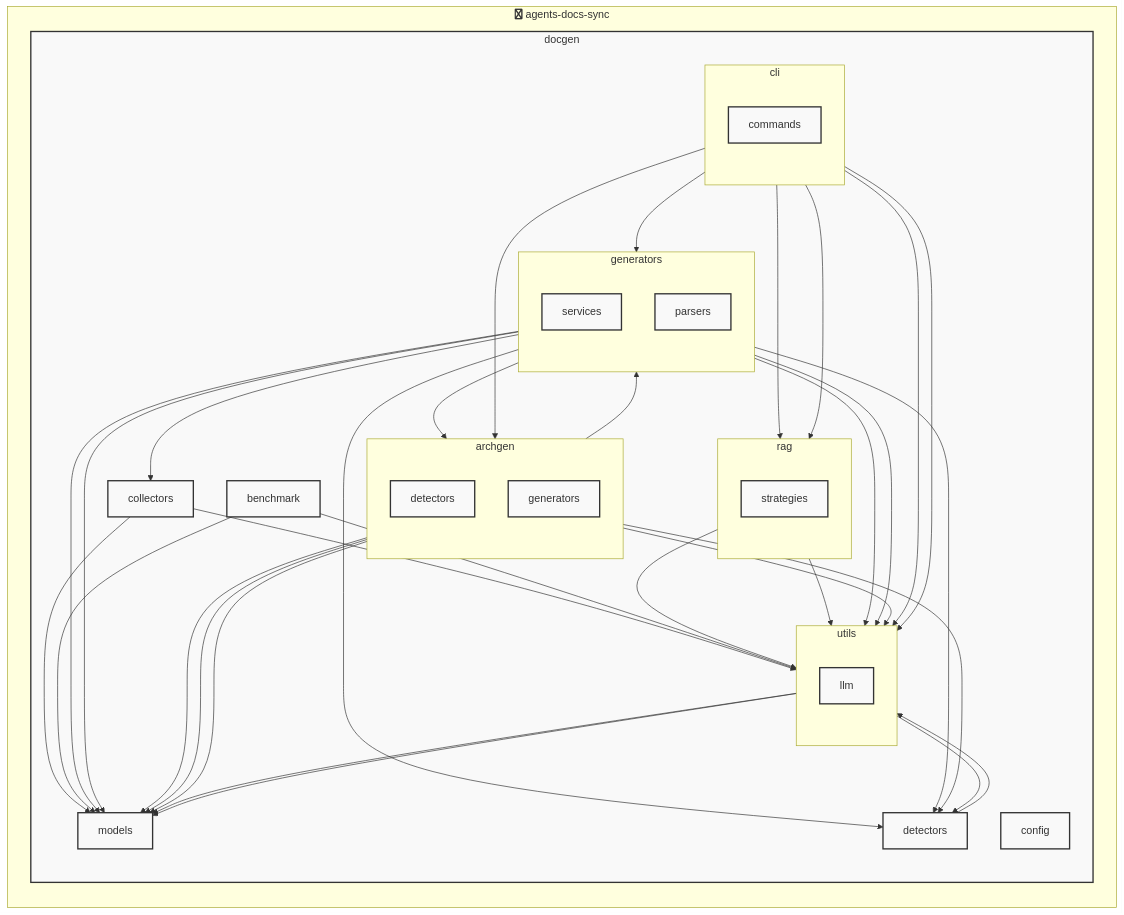
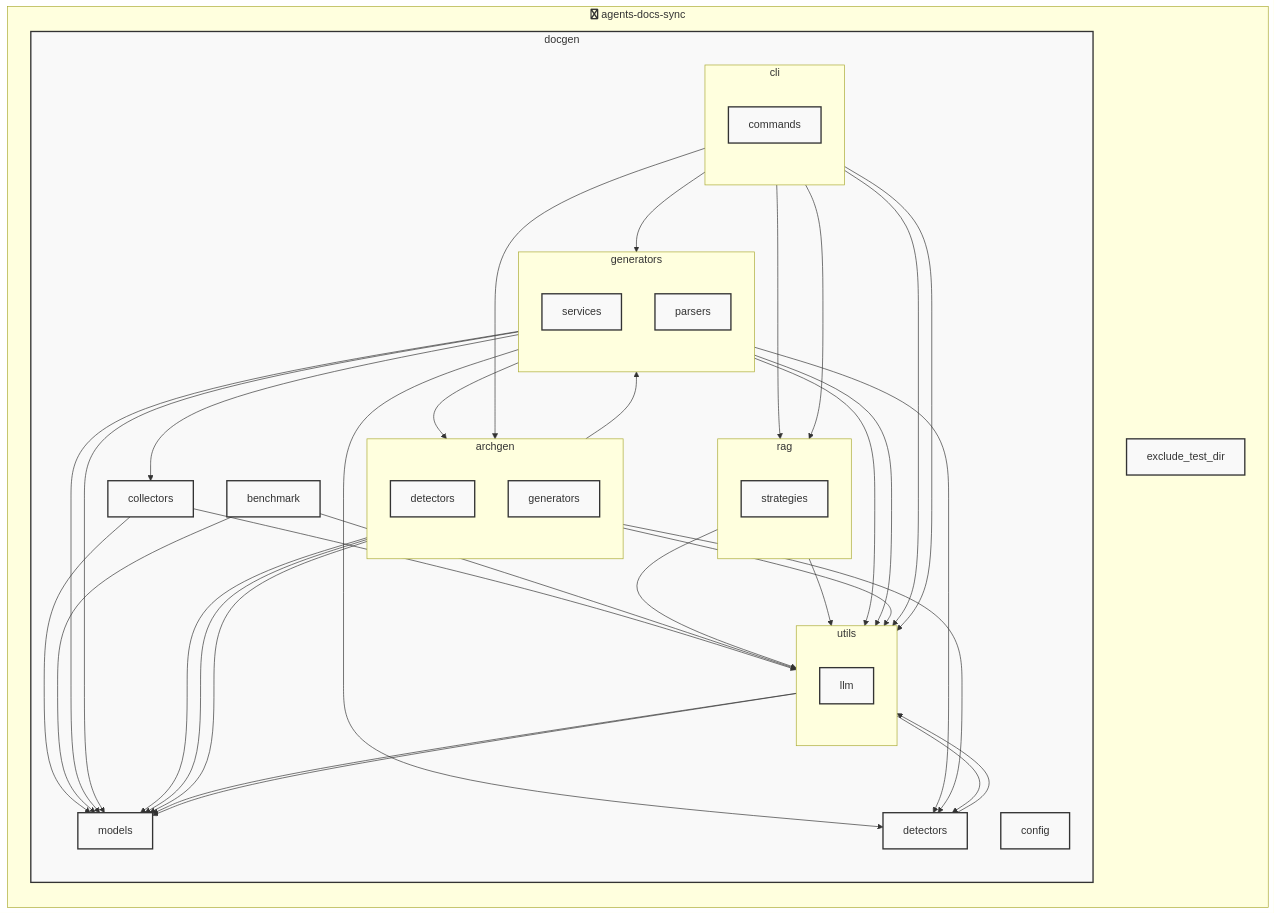
The diagram in docs/architecture/architecture.mmd (shiohamu/agents-docs-sync), drawn with Mermaid before and after one commit. The commit also changed 12 other files, not shown here.

Commit message:
feat: Add configurable directory exclusion to architecture generation and update project version.

```diff
--- a/docs/architecture/architecture.mmd
+++ b/docs/architecture/architecture.mmd
@@ -1,78 +1,79 @@
 graph TB
     %% Auto-generated architecture diagram
 
     subgraph agents_docs_sync [fa:fa-python agents-docs-sync]
         direction TB
+        exclude_test_dir["exclude_test_dir"]:::moduleStyle
         subgraph docgen [docgen]
             direction TB
             docgen_collectors["collectors"]:::moduleStyle
             subgraph docgen_utils [utils]
                 direction TB
                 docgen_utils_llm["llm"]:::moduleStyle
             end
             class docgen_utils moduleStyle
             subgraph docgen_cli [cli]
                 direction TB
                 docgen_cli_commands["commands"]:::moduleStyle
             end
             class docgen_cli moduleStyle
             docgen_models["models"]:::moduleStyle
             subgraph docgen_archgen [archgen]
                 direction TB
                 docgen_archgen_detectors["detectors"]:::moduleStyle
                 docgen_archgen_generators["generators"]:::moduleStyle
             end
             class docgen_archgen moduleStyle
             docgen_benchmark["benchmark"]:::moduleStyle
             docgen_detectors["detectors"]:::moduleStyle
             subgraph docgen_generators [generators]
                 direction TB
                 docgen_generators_services["services"]:::moduleStyle
                 docgen_generators_parsers["parsers"]:::moduleStyle
             end
             class docgen_generators moduleStyle
             subgraph docgen_rag [rag]
                 direction TB
                 docgen_rag_strategies["strategies"]:::moduleStyle
             end
             class docgen_rag moduleStyle
             docgen_config["config"]:::moduleStyle
         end
         class docgen moduleStyle
     end
 
     docgen_collectors --> docgen_models
     docgen_collectors --> docgen_utils
     docgen_utils --> docgen_detectors
     docgen_utils --> docgen_models
     docgen_utils_llm --> docgen_models
     docgen_cli --> docgen_archgen
     docgen_cli --> docgen_generators
     docgen_cli --> docgen_rag
     docgen_cli --> docgen_utils
     docgen_cli_commands --> docgen_rag
     docgen_cli_commands --> docgen_utils
     docgen_archgen --> docgen_detectors
     docgen_archgen --> docgen_generators
     docgen_archgen --> docgen_models
     docgen_archgen --> docgen_utils
     docgen_archgen_detectors --> docgen_models
     docgen_archgen_generators --> docgen_models
     docgen_benchmark --> docgen_models
     docgen_benchmark --> docgen_utils
     docgen_detectors --> docgen_utils
     docgen_generators --> docgen_archgen
     docgen_generators --> docgen_collectors
     docgen_generators --> docgen_detectors
     docgen_generators --> docgen_models
     docgen_generators --> docgen_utils
     docgen_generators_parsers --> docgen_detectors
     docgen_generators_parsers --> docgen_models
     docgen_generators_parsers --> docgen_utils
     docgen_rag --> docgen_utils
     docgen_rag_strategies --> docgen_utils
 
     classDef pythonStyle fill:#3776ab,stroke:#ffd43b,stroke-width:2px,color:#fff
     classDef dockerStyle fill:#2496ed,stroke:#1d63ed,stroke-width:2px,color:#fff
     classDef dbStyle fill:#336791,stroke:#6b9cd6,stroke-width:2px,color:#fff
     classDef moduleStyle fill:#f9f9f9,stroke:#333,stroke-width:2px
```
